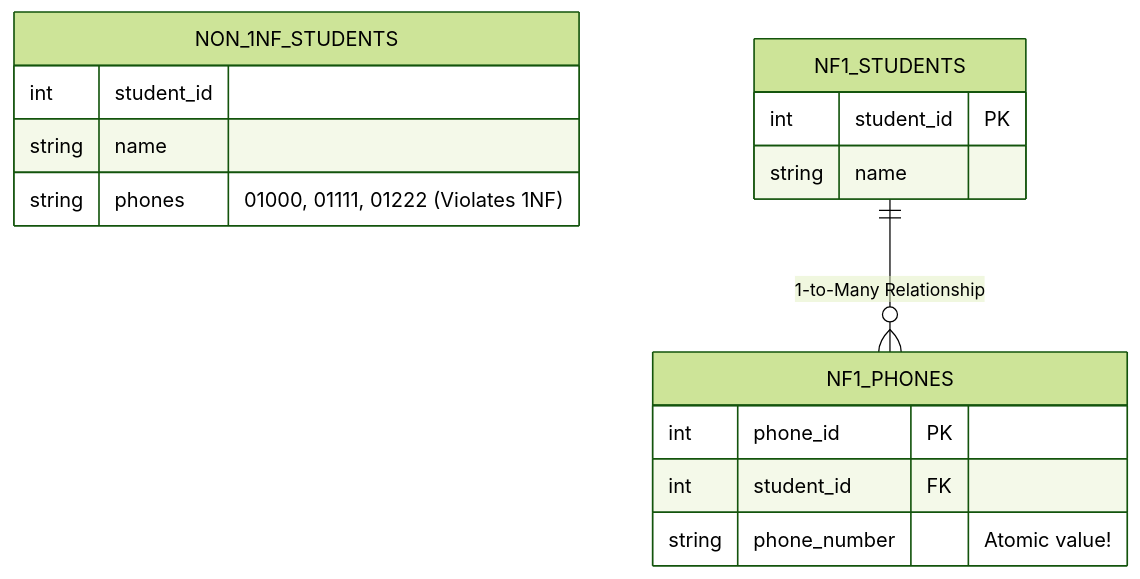
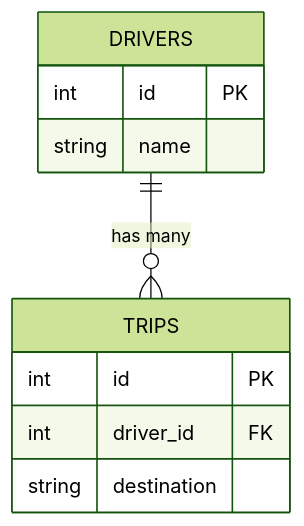
The fourth of 48 diagrams in interviews/SQL-NoSQL-Complete.md (muhammad-khaled-tech/My-Study-Notes), drawn with Mermaid (forest theme) before and after one commit. The commit also changed other lines of this file and 3 other files, not shown here.

````diff
--- a/interviews/SQL-NoSQL-Complete.md
+++ b/interviews/SQL-NoSQL-Complete.md
@@ -310,18 +225,13 @@
 ```mermaid
 erDiagram
-    NON_1NF_STUDENTS {
-        int student_id
-        string name
-        string phones "01000, 01111, 01222 (Violates 1NF)"
-    }
-    NF1_STUDENTS {
-        int student_id PK
+    DRIVERS ||--o{ TRIPS : "has many"
+    DRIVERS {
+        int id PK
         string name
     }
-    NF1_PHONES {
-        int phone_id PK
-        int student_id FK
-        string phone_number "Atomic value!"
+    TRIPS {
+        int id PK
+        int driver_id FK
+        string destination
     }
-    NF1_STUDENTS ||--o{ NF1_PHONES : "1-to-Many Relationship"
 ```
````
